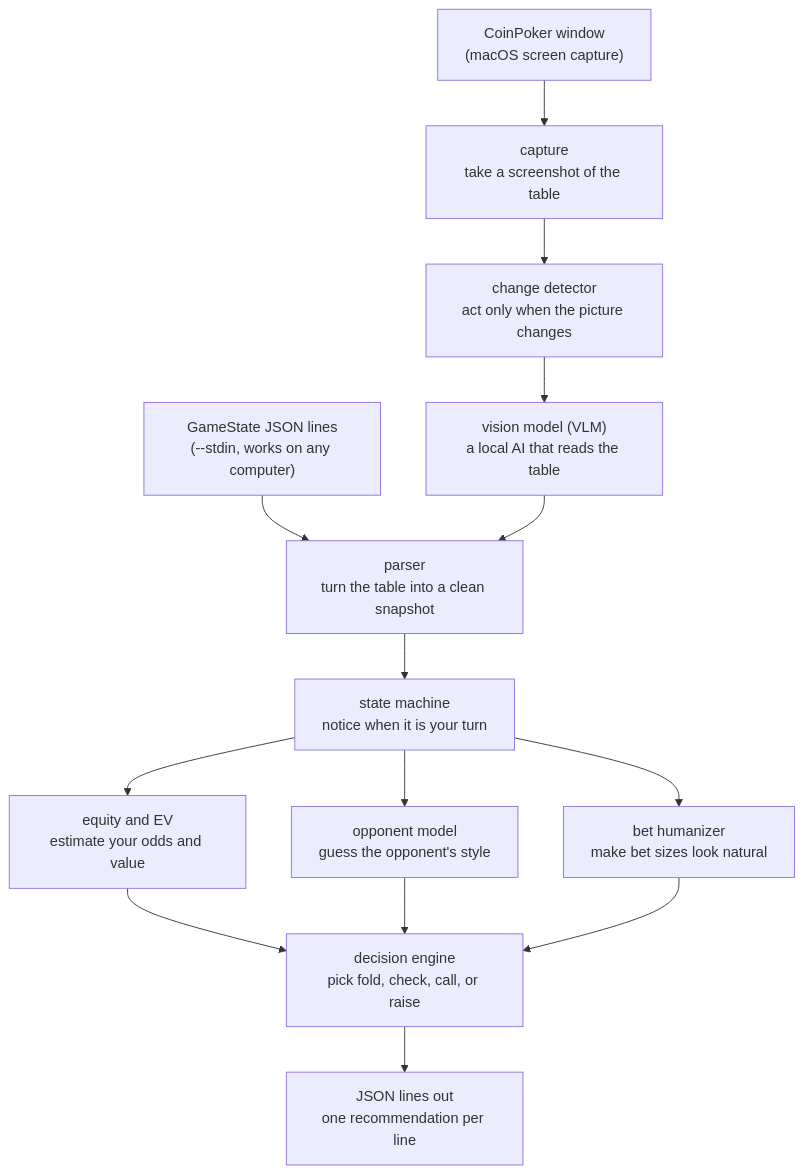
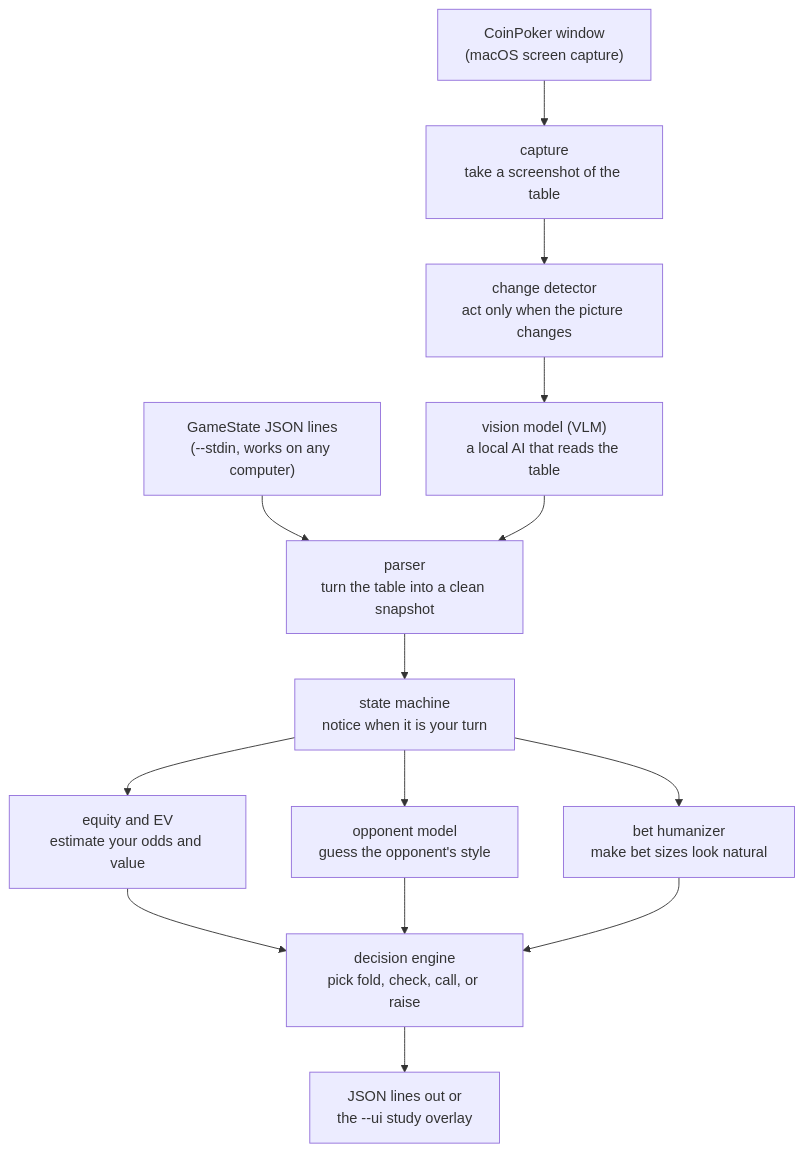
One commit to clduab11/coinpoker-help changed the diagram in README.md. Above: the diagram before and after it, drawn with Mermaid. The commit also changed other lines of this file and 11 other files, not shown here.

Commit message:
feat: add adaptive overlay study settings

````diff
--- a/README.md
+++ b/README.md
@@ -13,16 +13,16 @@
 ```mermaid
 flowchart TB
     A["CoinPoker window<br/>(macOS screen capture)"] --> B["capture<br/>take a screenshot of the table"]
     B --> C["change detector<br/>act only when the picture changes"]
     C --> D["vision model (VLM)<br/>a local AI that reads the table"]
     E["GameState JSON lines<br/>(--stdin, works on any computer)"] --> F["parser<br/>turn the table into a clean snapshot"]
     D --> F
     F --> G["state machine<br/>notice when it is your turn"]
     G --> H["equity and EV<br/>estimate your odds and value"]
     G --> I["opponent model<br/>guess the opponent's style"]
     G --> J["bet humanizer<br/>make bet sizes look natural"]
     H --> K["decision engine<br/>pick fold, check, call, or raise"]
     I --> K
     J --> K
-    K --> L["JSON lines out<br/>one recommendation per line"]
+    K --> L["JSON lines out or<br/>the --ui study overlay"]
 ```
````
